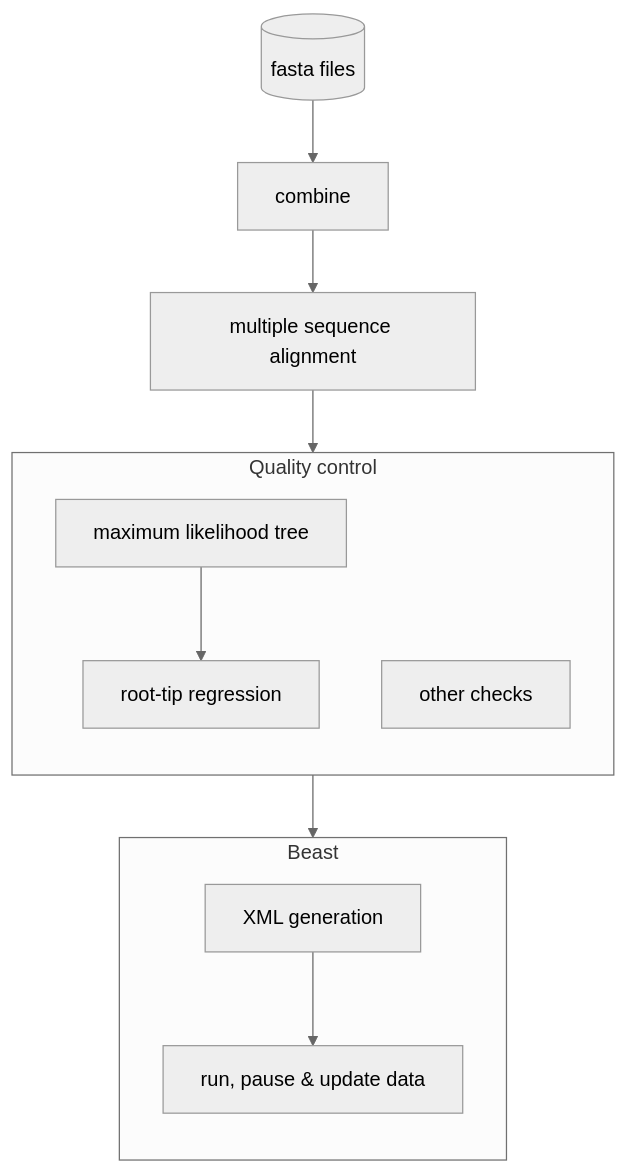
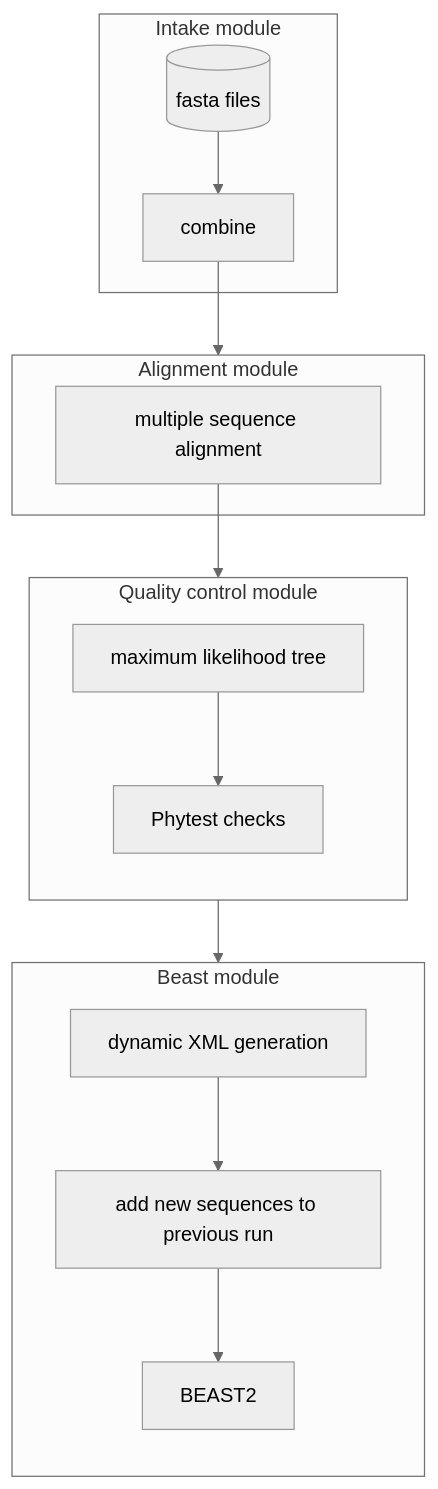
Before and after one commit to mccoy-devs/mccoy: the diagram in docs/index.rst, drawn with Mermaid. The commit also changed other lines of this file and 3 other files, not shown here.

```diff
--- a/docs/index.rst
+++ b/docs/index.rst
@@ -19,26 +21,34 @@
 .. mermaid::
 
     %%{init: { 'theme':'neutral' } }%%
     flowchart TB
-        sources[(fasta files)]
-        sources --> combine --> MSA
-        click combine href "rules.html#rule-combine"
+        subgraph intake["Intake module"]
+            sources[(fasta files)]
+            sources --> combine
+        end
+        click sources,combine href "intake.html"
+
+        subgraph alignment["Alignment module"]
+            MSA
+        end
+        combine --> alignment
+        click MSA href "alignment.html"
 
         MSA["multiple sequence alignment"] --> QC
-        click MSA href "rules.html#alignment"
 
-        subgraph QC["Quality control"]
+        subgraph QC["Quality control module"]
             direction TB
-            tree[maximum likelihood tree] --> RTR[root-tip regression]
-            click tree href "rules.html#tree-construction"
-            otherQC[other checks]
+            tree[maximum likelihood tree] --> phytest[Phytest checks]
         end
+        click tree href "quality_control.html#tree"
+        click phytest href "quality_control.html#phytest"
 
         QC --> Beast
 
-        subgraph Beast
+        subgraph Beast["Beast module"]
             direction TB
-            XML["XML generation"] --> OnlineBEAST["run, pause & update data"]
-            click XML href "rules.html#dynamicbeast"
-            click OnlineBEAST href "rules.html#onlinebeast"
+            XML["dynamic XML generation"] --> OnlineBEAST["add new sequences to previous run"] --> BEAST2
+            click XML href "beast.html#dynamicbeast"
+            click OnlineBEAST href "beast.html#onlinebeast"
+            click BEAST2 href "beast.html#beast"
         end
```
